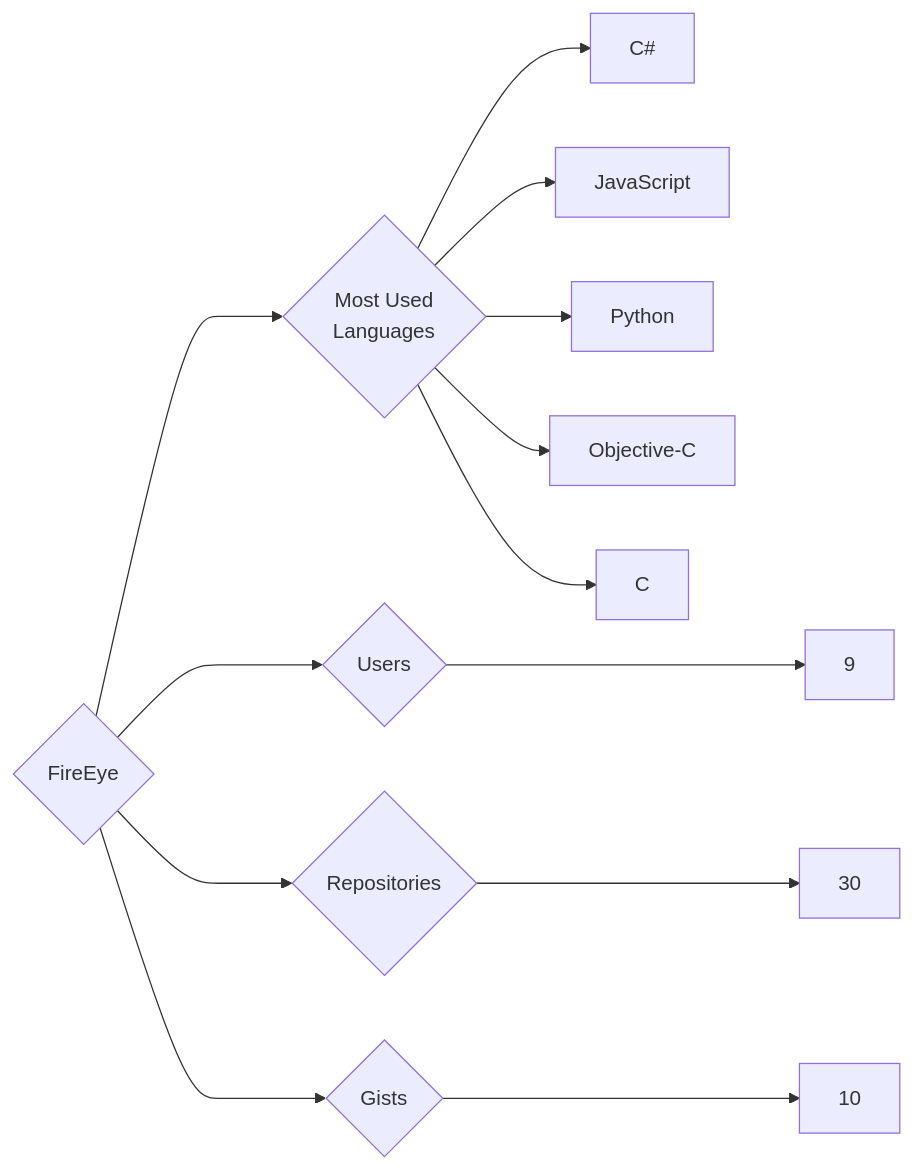
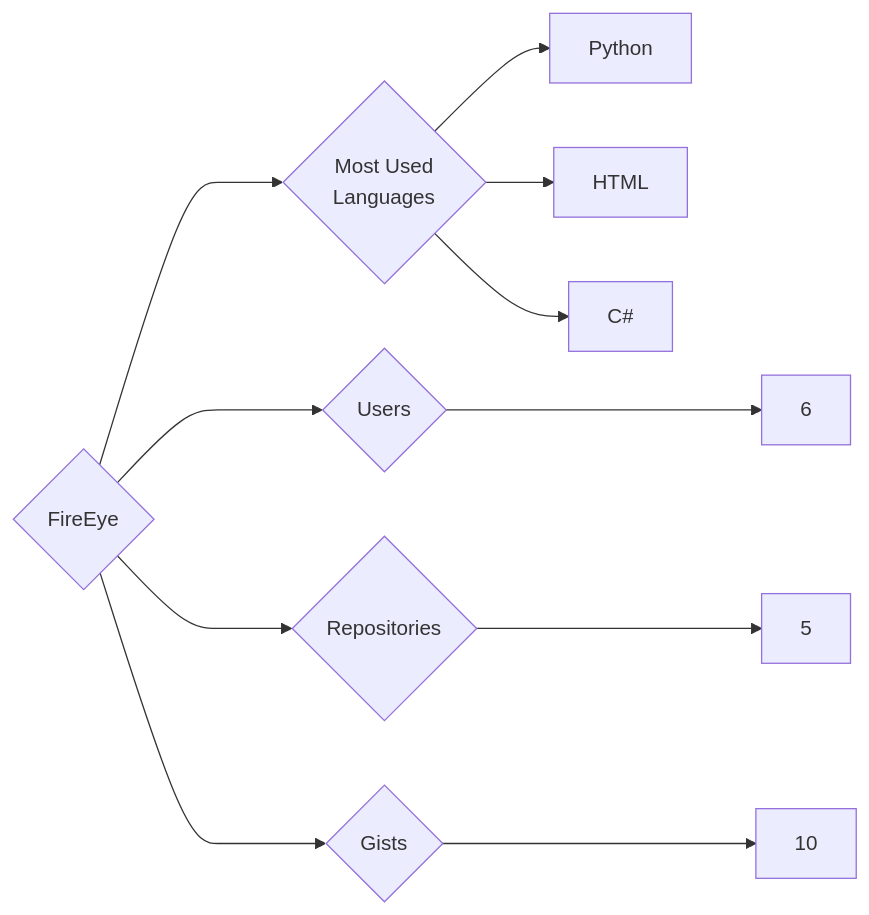
Before and after one commit to trickest/insiders: the diagram in targets/FireEye/README.md, drawn with Mermaid. The commit also changed 720 other files, not shown here.

````diff
--- a/targets/FireEye/README.md
+++ b/targets/FireEye/README.md
@@ -3,13 +3,11 @@
 ```mermaid
 graph LR
 COMPANY_NAME{FireEye}
-COMPANY_NAME ---> U{Users} ---> UN[9]
-COMPANY_NAME ---> R{Repositories} ---> RN[30]
+COMPANY_NAME ---> U{Users} ---> UN[6]
+COMPANY_NAME ---> R{Repositories} ---> RN[5]
 COMPANY_NAME ---> G{Gists} ---> GN[10]
 COMPANY_NAME ---> ML{Most Used<br>Languages}
+ML --> Python[Python]
+ML --> HTML[HTML]
 ML --> C#[C#]
-ML --> JavaScript[JavaScript]
-ML --> Python[Python]
-ML --> Objective-C[Objective-C]
-ML --> C[C]
 ```
````
